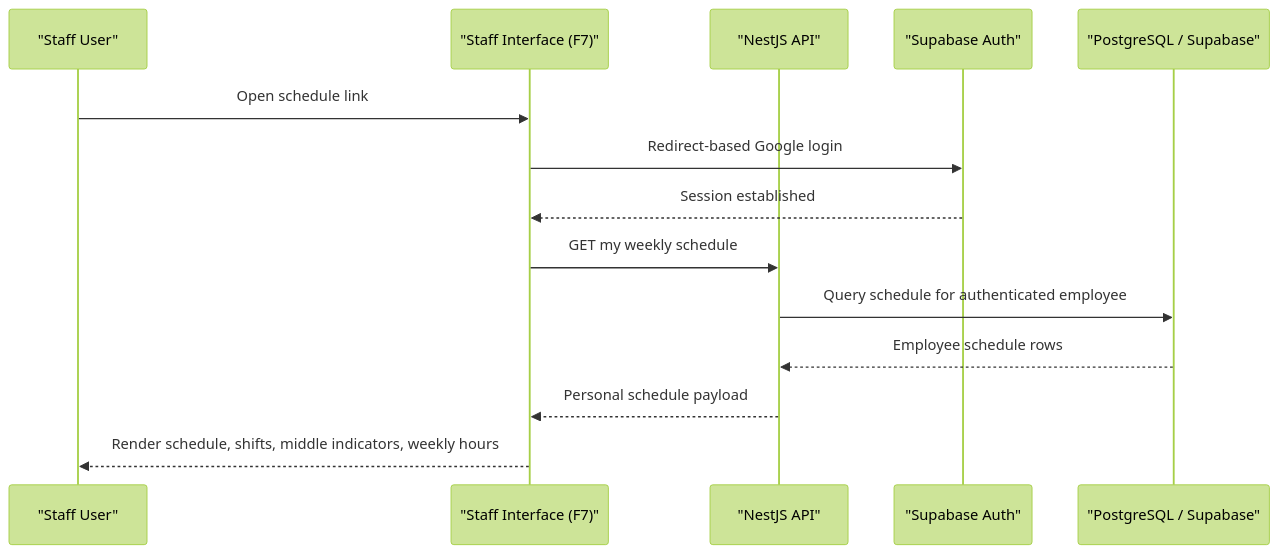
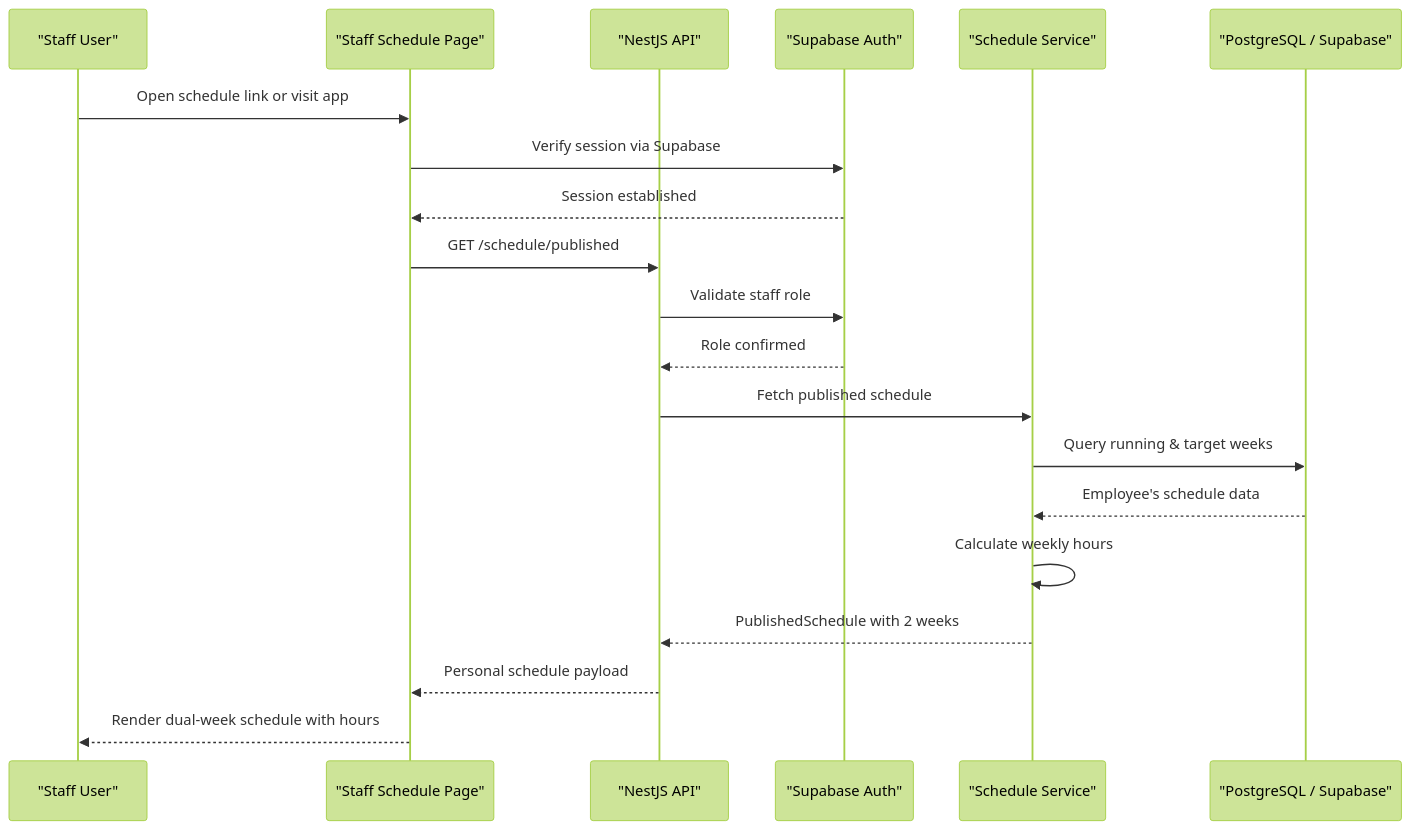
Before and after one commit to epo33m/scheduling: the second of 6 diagrams in .qoder/repowiki/en/content/Product Requirements Document/Functional Specifications/Staff Interface Module (F7).md, drawn with Mermaid (forest theme). The commit also changed other lines of this file and 77 other files, not shown here.

````diff
--- a/.qoder/repowiki/en/content/Product Requirements Document/Functional Specifications/Staff Interface Module (F7).md
+++ b/.qoder/repowiki/en/content/Product Requirements Document/Functional Specifications/Staff Interface Module (F7).md
@@ -91,16 +110,22 @@
 ```mermaid
 sequenceDiagram
 participant Staff as "Staff User"
-participant PWA as "Staff Interface (F7)"
+participant PWA as "Staff Schedule Page"
 participant API as "NestJS API"
 participant Auth as "Supabase Auth"
+participant Service as "Schedule Service"
 participant DB as "PostgreSQL / Supabase"
-Staff->>PWA : Open schedule link
-PWA->>Auth : Redirect-based Google login
+Staff->>PWA : Open schedule link or visit app
+PWA->>Auth : Verify session via Supabase
 Auth-->>PWA : Session established
-PWA->>API : GET my weekly schedule
-API->>DB : Query schedule for authenticated employee
-DB-->>API : Employee schedule rows
+PWA->>API : GET /schedule/published
+API->>Auth : Validate staff role
+Auth-->>API : Role confirmed
+API->>Service : Fetch published schedule
+Service->>DB : Query running & target weeks
+DB-->>Service : Employee's schedule data
+Service->>Service : Calculate weekly hours
+Service-->>API : PublishedSchedule with 2 weeks
 API-->>PWA : Personal schedule payload
-PWA-->>Staff : Render schedule, shifts, middle indicators, weekly hours
+PWA-->>Staff : Render dual-week schedule with hours
 ```
````
